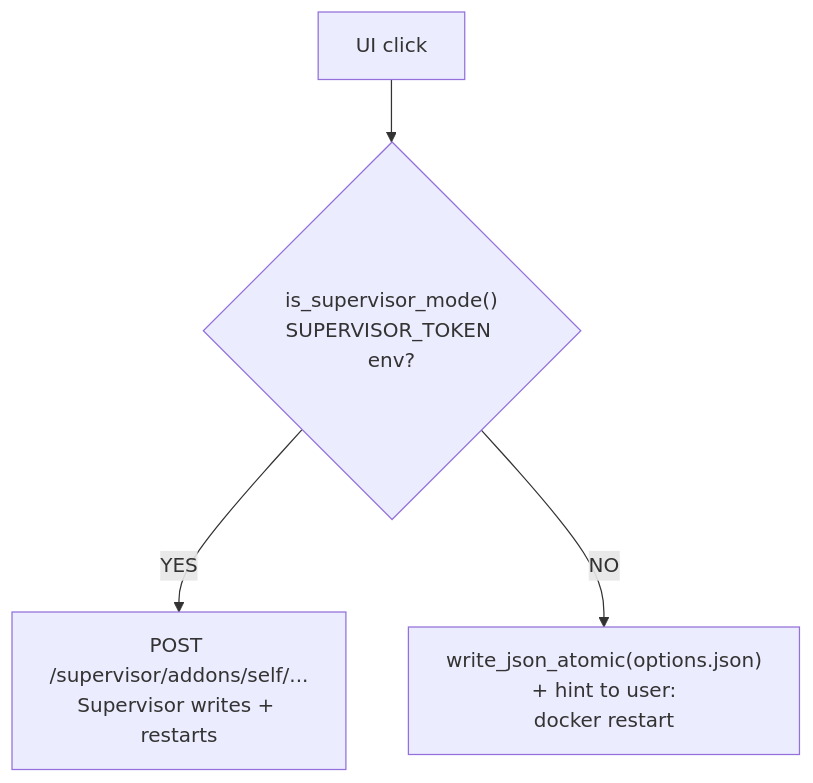
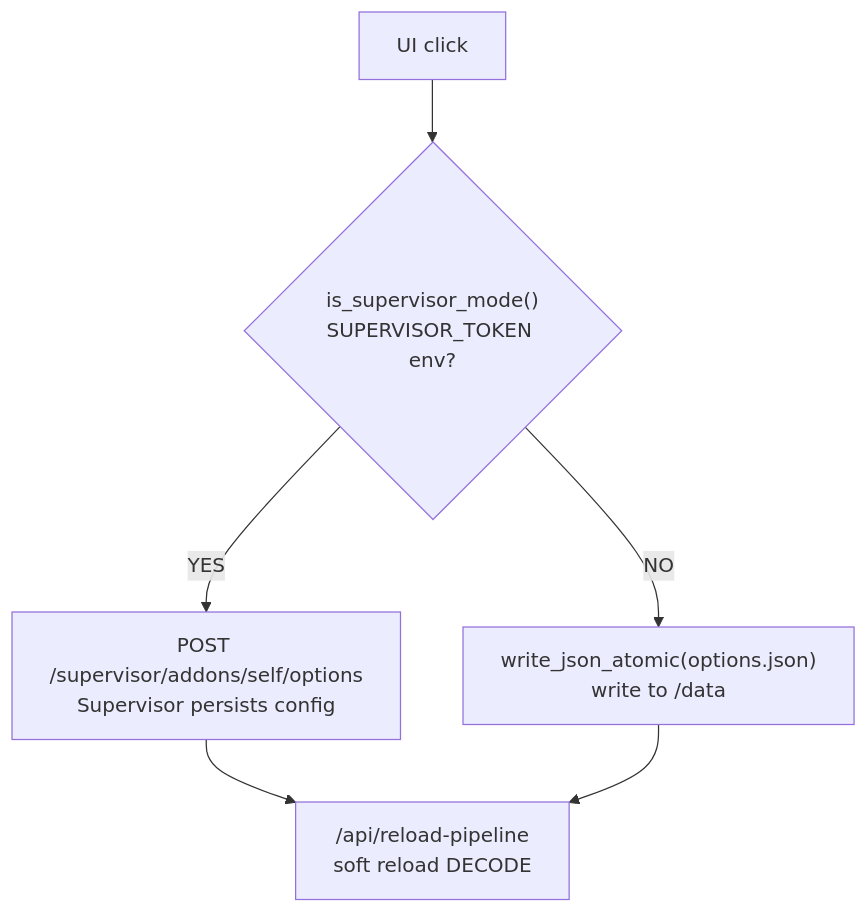
Before and after one commit to Kustonium/homeassistant-wmbus-mqtt-bridge-dev: the sixth of 7 diagrams in docs/README.en.md, drawn with Mermaid. The commit also changed other lines of this file and 6 other files, not shown here.

````diff
--- a/docs/README.en.md
+++ b/docs/README.en.md
@@ -672,6 +665,8 @@
 ```mermaid
 flowchart TD
   A["UI click"] --> B{"is_supervisor_mode()<br/>SUPERVISOR_TOKEN env?"}
-  B -- "YES" --> C["POST /supervisor/addons/self/...<br/>Supervisor writes + restarts"]
-  B -- "NO" --> D["write_json_atomic(options.json)<br/>+ hint to user:<br/>docker restart"]
+  B -- "YES" --> C["POST /supervisor/addons/self/options<br/>Supervisor persists config"]
+  B -- "NO" --> D["write_json_atomic(options.json)<br/>write to /data"]
+  C --> E["/api/reload-pipeline<br/>soft reload DECODE"]
+  D --> E
 ```
````
